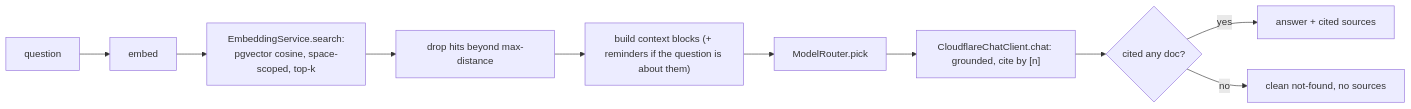
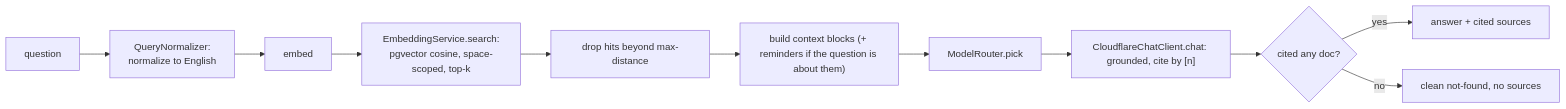
Before and after one commit to Aditya0257/trove: the diagram in docs/lld/search-and-chat.md, drawn with Mermaid. The commit also changed other lines of this file and 16 other files, not shown here.

````diff
--- a/docs/lld/search-and-chat.md
+++ b/docs/lld/search-and-chat.md
@@ -42,12 +43,13 @@
 ```mermaid
 flowchart LR
-    Q[question] --> Emb[embed]
+    Q[question] --> Norm["QueryNormalizer:<br/>normalize to English"]
+    Norm --> Emb[embed]
     Emb --> KNN["EmbeddingService.search:<br/>pgvector cosine, space-scoped, top-k"]
     KNN --> Floor["drop hits beyond max-distance"]
     Floor --> Ctx["build context blocks (+ reminders if the question is about them)"]
     Ctx --> R["ModelRouter.pick"]
     R --> LLM["CloudflareChatClient.chat: grounded, cite by [n]"]
     LLM --> Honest{"cited any doc?"}
     Honest -->|yes| Out["answer + cited sources"]
     Honest -->|no| Refuse["clean not-found, no sources"]
 ```
````
